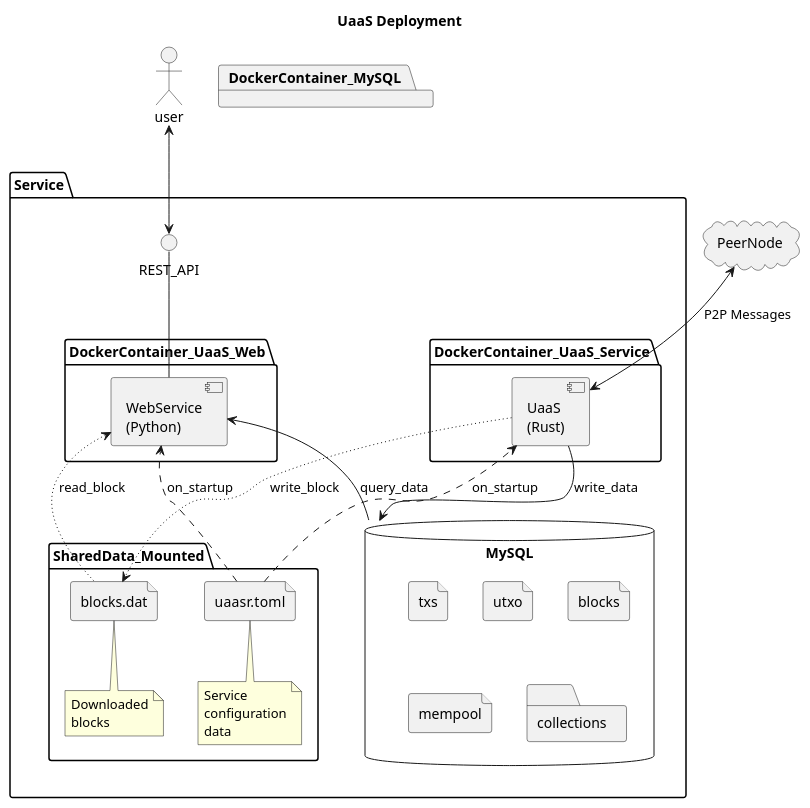
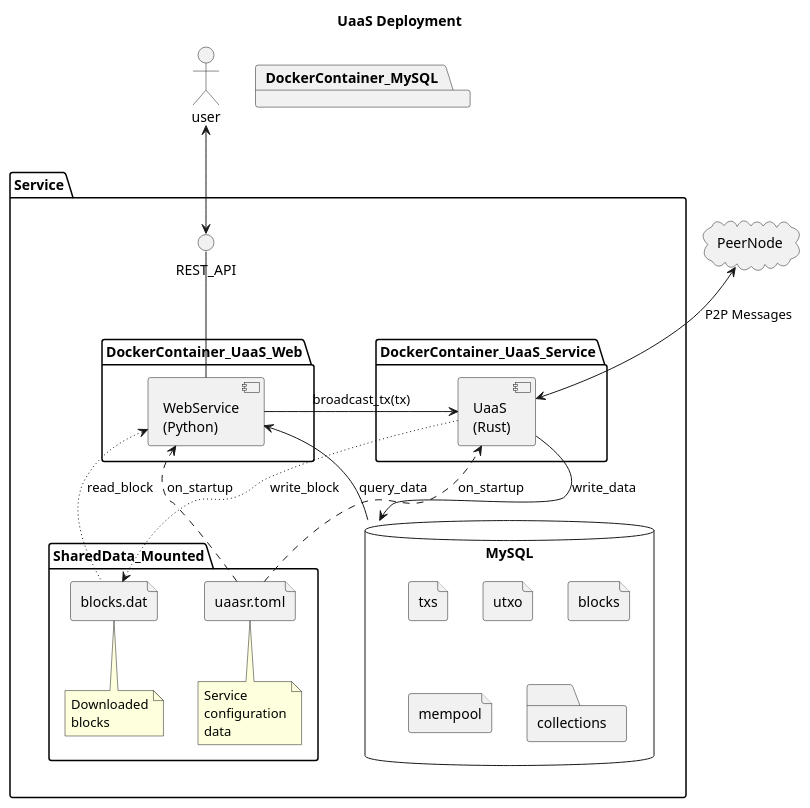
The diagram in docs/diagrams/deployment.puml (nchain-innovation/utxo-as-a-service), drawn with PlantUML before and after one commit. The commit also changed 26 other files, not shown here.

```diff
--- a/docs/diagrams/deployment.puml
+++ b/docs/diagrams/deployment.puml
@@ -1,63 +1,63 @@
 @startuml
 Title UaaS Deployment
 ' left to right direction
 
 actor user
 cloud PeerNode
 
 package Service {
     () "REST_API"
 
     package DockerContainer_UaaS_Web {
         component "WebService\n(Python)" as WebService
     }
 
     user <--> REST_API
     REST_API -- WebService
 
 
     package DockerContainer_UaaS_Service {
         component "UaaS\n(Rust)" as UaaS
     }
 
     PeerNode <-down-> UaaS: P2P Messages
-
+    WebService -right-> UaaS: broadcast_tx(tx)
 
     package SharedData_Mounted {
         file blocks.dat
         note bottom
         Downloaded
         blocks
         end note
 
         file uaasr.toml
         note bottom
         Service
         configuration
         data
         end note
     }
 
     uaasr.toml ..> UaaS :on_startup
     uaasr.toml ..> WebService :on_startup
 
     UaaS --> MySQL : write_data
     WebService <-- MySQL : query_data
 
     UaaS ~~> blocks.dat :write_block
     WebService <~~ blocks.dat: read_block
 
 }
 
 package DockerContainer_MySQL {
     database MySQL  {
         file txs
         file utxo
         file blocks
         file mempool
         folder collections
     }
 }
 
 
 @enduml
```
